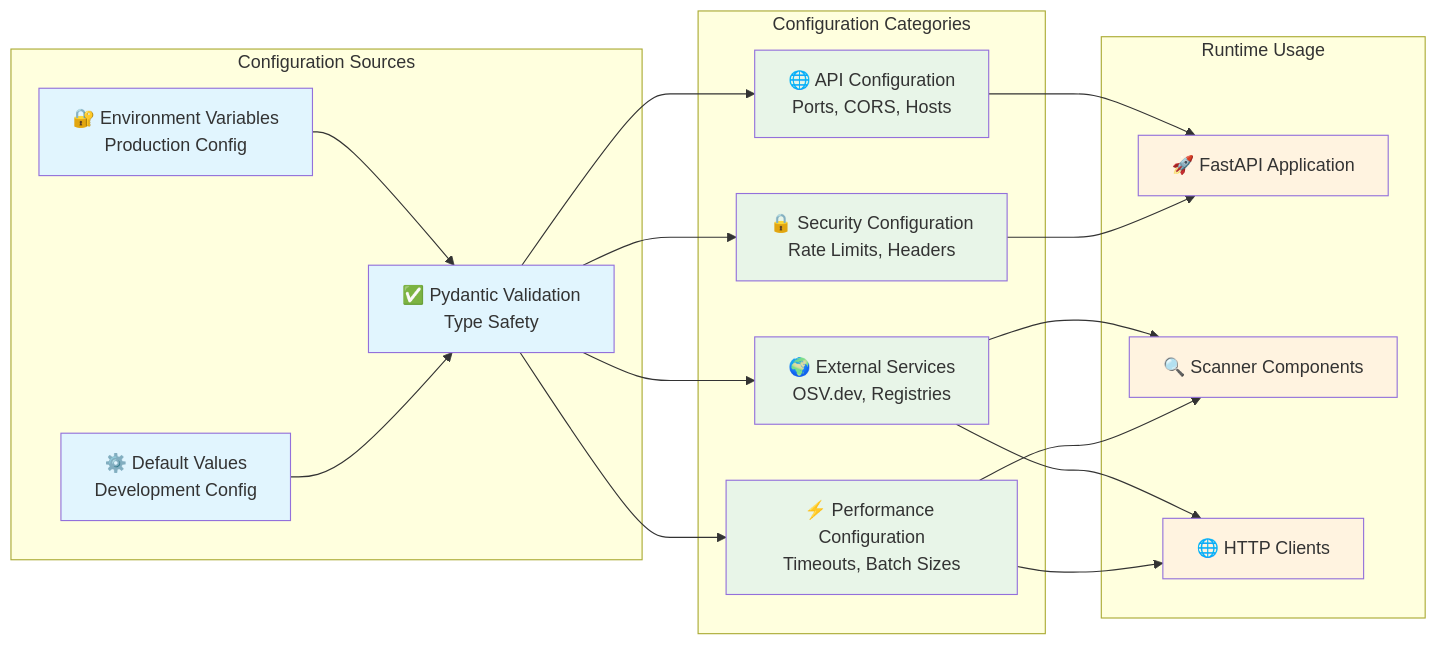
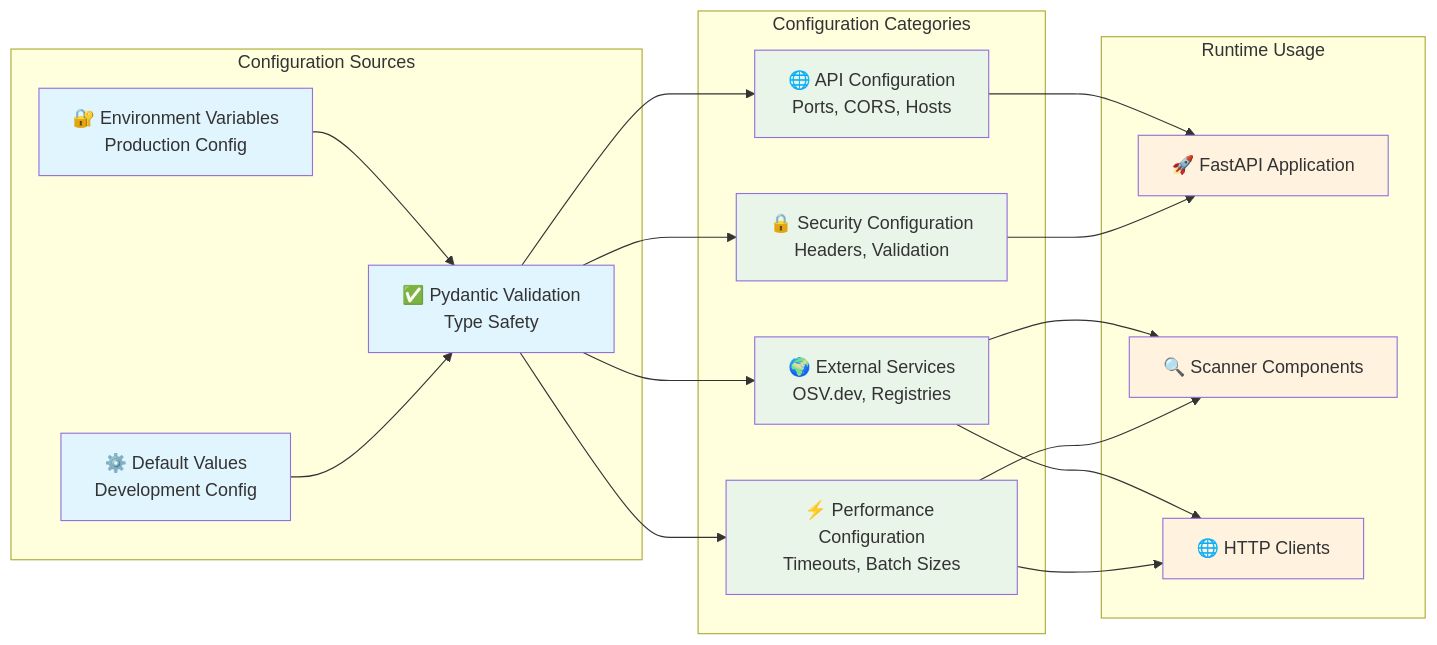
The ninth of 9 diagrams in documentation/architecture/backend-architecture.md (therickybobbeh/dep-scanner), drawn with Mermaid before and after one commit. The commit also changed other lines of this file and 14 other files, not shown here.

````diff
--- a/documentation/architecture/backend-architecture.md
+++ b/documentation/architecture/backend-architecture.md
@@ -533,45 +533,45 @@
 ```mermaid
 graph LR
     subgraph "Configuration Sources"
         ENV[🔐 Environment Variables<br/>Production Config]
         DEFAULTS[⚙️ Default Values<br/>Development Config]
         VALIDATION[✅ Pydantic Validation<br/>Type Safety]
     end
     
     subgraph "Configuration Categories"
         API_CONFIG[🌐 API Configuration<br/>Ports, CORS, Hosts]
-        SECURITY_CONFIG[🔒 Security Configuration<br/>Rate Limits, Headers]
+        SECURITY_CONFIG[🔒 Security Configuration<br/>Headers, Validation]
         EXTERNAL_CONFIG[🌍 External Services<br/>OSV.dev, Registries]
         PERFORMANCE_CONFIG[⚡ Performance Configuration<br/>Timeouts, Batch Sizes]
     end
     
     subgraph "Runtime Usage"
         FASTAPI_APP[🚀 FastAPI Application]
         SCANNERS[🔍 Scanner Components]
         CLIENTS[🌐 HTTP Clients]
     end
     
     %% Configuration Flow
     ENV --> VALIDATION
     DEFAULTS --> VALIDATION
     VALIDATION --> API_CONFIG
     VALIDATION --> SECURITY_CONFIG
     VALIDATION --> EXTERNAL_CONFIG
     VALIDATION --> PERFORMANCE_CONFIG
     
     %% Usage Flow
     API_CONFIG --> FASTAPI_APP
     SECURITY_CONFIG --> FASTAPI_APP
     EXTERNAL_CONFIG --> SCANNERS
     EXTERNAL_CONFIG --> CLIENTS
     PERFORMANCE_CONFIG --> SCANNERS
     PERFORMANCE_CONFIG --> CLIENTS
     
     classDef source fill:#e1f5fe
     classDef config fill:#e8f5e8
     classDef runtime fill:#fff3e0
     
     class ENV,DEFAULTS,VALIDATION source
     class API_CONFIG,SECURITY_CONFIG,EXTERNAL_CONFIG,PERFORMANCE_CONFIG config
     class FASTAPI_APP,SCANNERS,CLIENTS runtime
 ```
````
